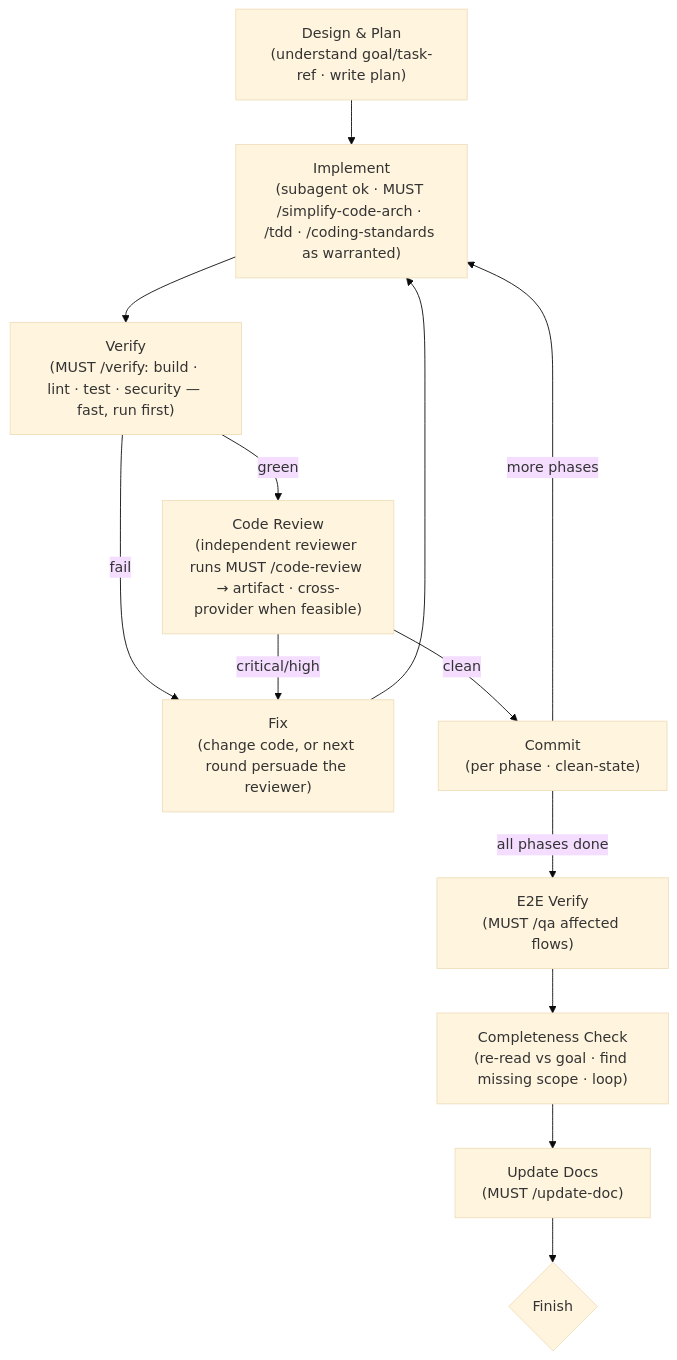
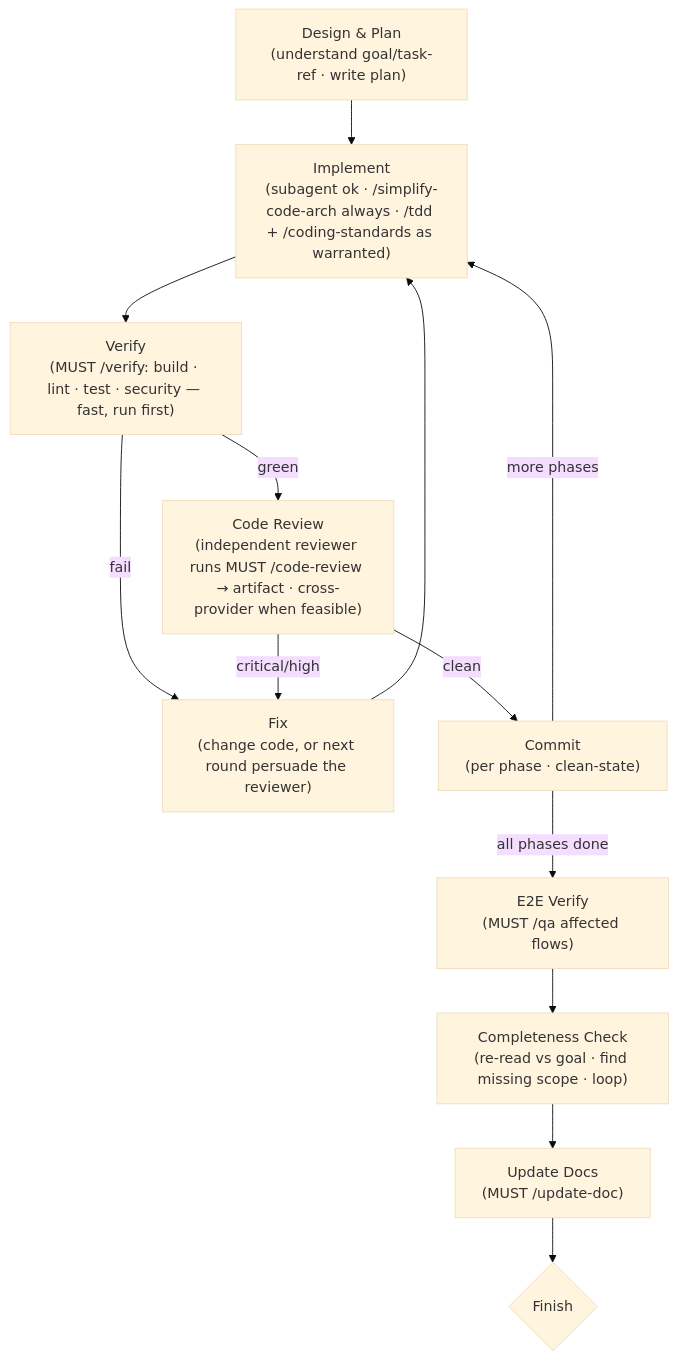
One commit to imoonkey/yaco changed the diagram in agent-config/global/skills/implement/SKILL.md. Above: the diagram before and after it, drawn with Mermaid (base theme).

Commit message:
docs(skills): disambiguate implement diagram skill scoping

````diff
--- a/agent-config/global/skills/implement/SKILL.md
+++ b/agent-config/global/skills/implement/SKILL.md
@@ -29,20 +29,20 @@
 ```mermaid
 flowchart TB
   D["Design & Plan<br/>(understand goal/task-ref · write plan)"]
-  I["Implement<br/>(subagent ok · MUST /simplify-code-arch · /tdd · /coding-standards as warranted)"]
+  I["Implement<br/>(subagent ok · /simplify-code-arch always · /tdd + /coding-standards as warranted)"]
   V["Verify<br/>(MUST /verify: build · lint · test · security — fast, run first)"]
   R["Code Review<br/>(independent reviewer runs MUST /code-review → artifact · cross-provider when feasible)"]
   F["Fix<br/>(change code, or next round persuade the reviewer)"]
   C["Commit<br/>(per phase · clean-state)"]
   Q["E2E Verify<br/>(MUST /qa affected flows)"]
   FC["Completeness Check<br/>(re-read vs goal · find missing scope · loop)"]
   U["Update Docs<br/>(MUST /update-doc)"]
   X{"Finish"}
   D --> I --> V
   V -->|fail| F --> I
   V -->|green| R
   R -->|critical/high| F
   R -->|clean| C
   C -->|more phases| I
   C -->|all phases done| Q --> FC --> U --> X
 ```
````
